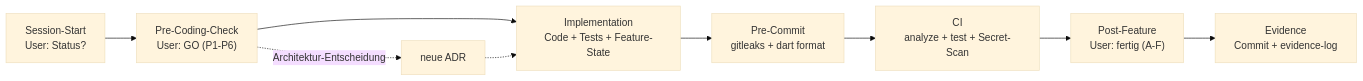
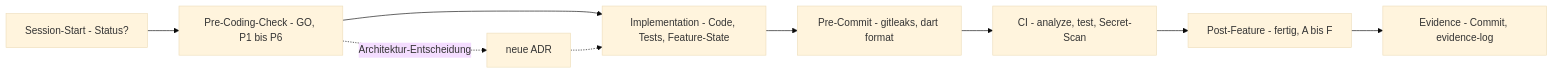
The second of 2 diagrams in docs/project/methodology/vorgehenssystem.md (MustDemir/ESG-Score-App), drawn with Mermaid (base theme) before and after one commit. The commit also changed other lines of this file, not shown here.

First line of the commit message:
fix(methodology): Mermaid-Diagramme GitHub-renderbar machen

````diff
--- a/docs/project/methodology/vorgehenssystem.md
+++ b/docs/project/methodology/vorgehenssystem.md
@@ -81,11 +82,11 @@
 ```mermaid
 flowchart LR
-    A["Session-Start<br/>User: Status?"] --> B["Pre-Coding-Check<br/>User: GO (P1-P6)"]
-    B --> C["Implementation<br/>Code + Tests + Feature-State"]
-    C --> D["Pre-Commit<br/>gitleaks + dart format"]
-    D --> E["CI<br/>analyze + test + Secret-Scan"]
-    E --> F["Post-Feature<br/>User: fertig (A-F)"]
-    F --> G["Evidence<br/>Commit + evidence-log"]
+    A["Session-Start - Status?"] --> B["Pre-Coding-Check - GO, P1 bis P6"]
+    B --> C["Implementation - Code, Tests, Feature-State"]
+    C --> D["Pre-Commit - gitleaks, dart format"]
+    D --> E["CI - analyze, test, Secret-Scan"]
+    E --> F["Post-Feature - fertig, A bis F"]
+    F --> G["Evidence - Commit, evidence-log"]
     B -.->|Architektur-Entscheidung| H["neue ADR"]
     H -.-> C
 ```
````
